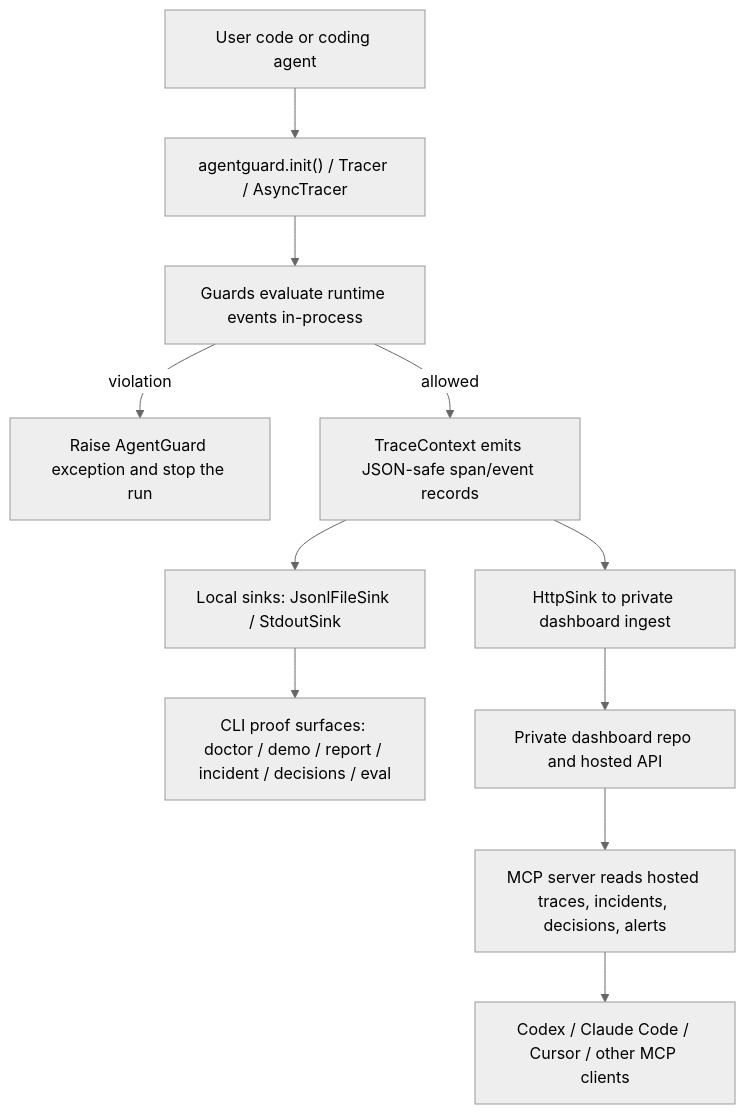
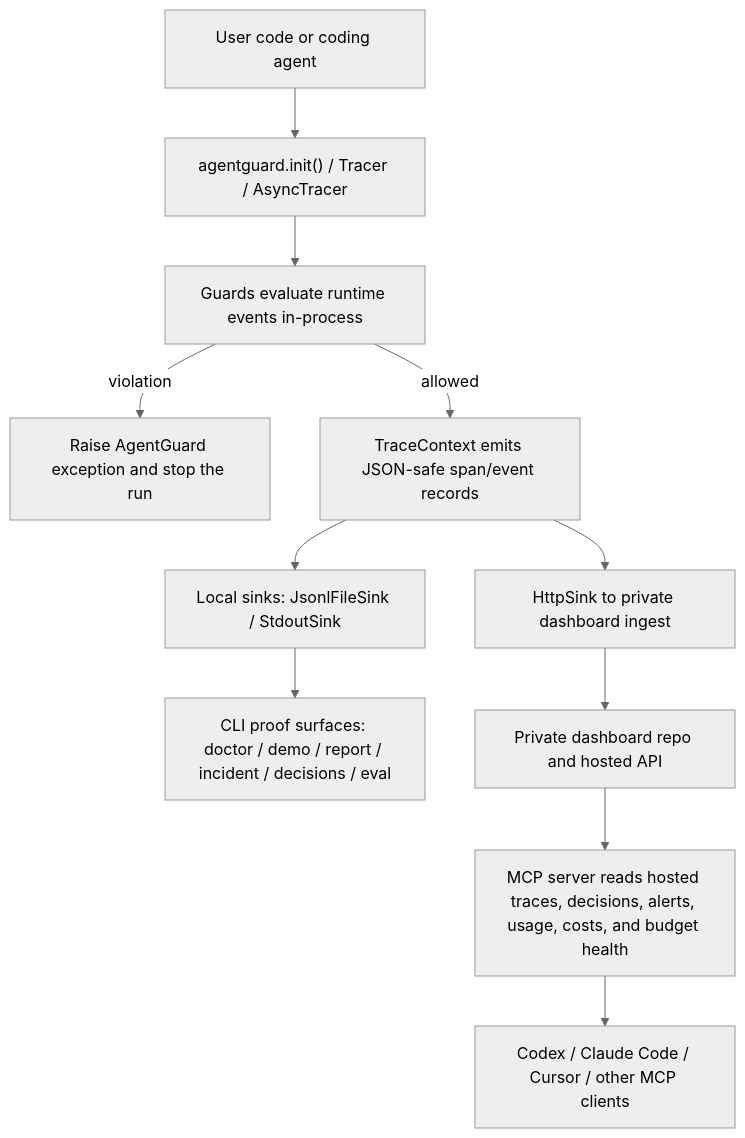
The diagram in ARCHITECTURE.md (bmdhodl/agent47), drawn with Mermaid (neutral theme) before and after one commit. The commit also changed other lines of this file and 1 other file, not shown here.

Commit message:
docs: tighten architecture guide accuracy

````diff
--- a/ARCHITECTURE.md
+++ b/ARCHITECTURE.md
@@ -32,13 +32,13 @@
 ```mermaid
 flowchart TD
     U["User code or coding agent"] --> S["agentguard.init() / Tracer / AsyncTracer"]
     S --> G["Guards evaluate runtime events in-process"]
     G -->|violation| X["Raise AgentGuard exception and stop the run"]
     G -->|allowed| T["TraceContext emits JSON-safe span/event records"]
     T --> L["Local sinks: JsonlFileSink / StdoutSink"]
     T --> H["HttpSink to private dashboard ingest"]
     L --> R["CLI proof surfaces: doctor / demo / report / incident / decisions / eval"]
     H --> D["Private dashboard repo and hosted API"]
-    D --> M["MCP server reads hosted traces, incidents, decisions, alerts"]
+    D --> M["MCP server reads hosted traces, decisions, alerts, usage, costs, and budget health"]
     M --> C["Codex / Claude Code / Cursor / other MCP clients"]
 ```
````
